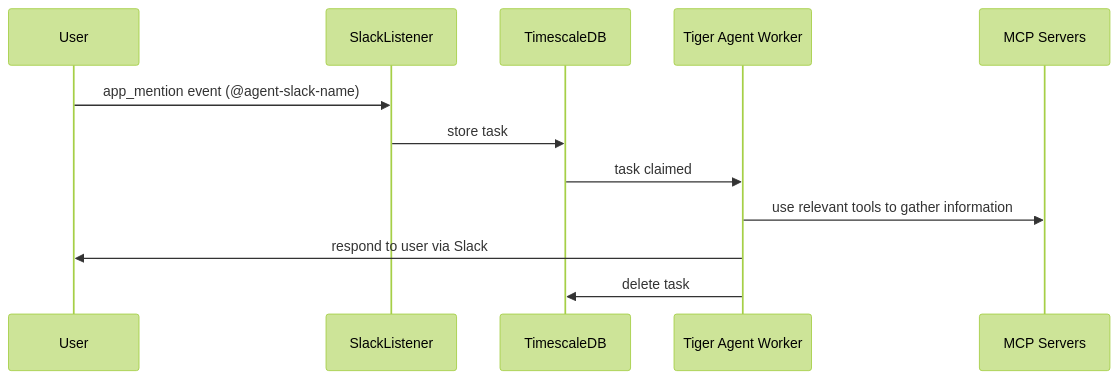
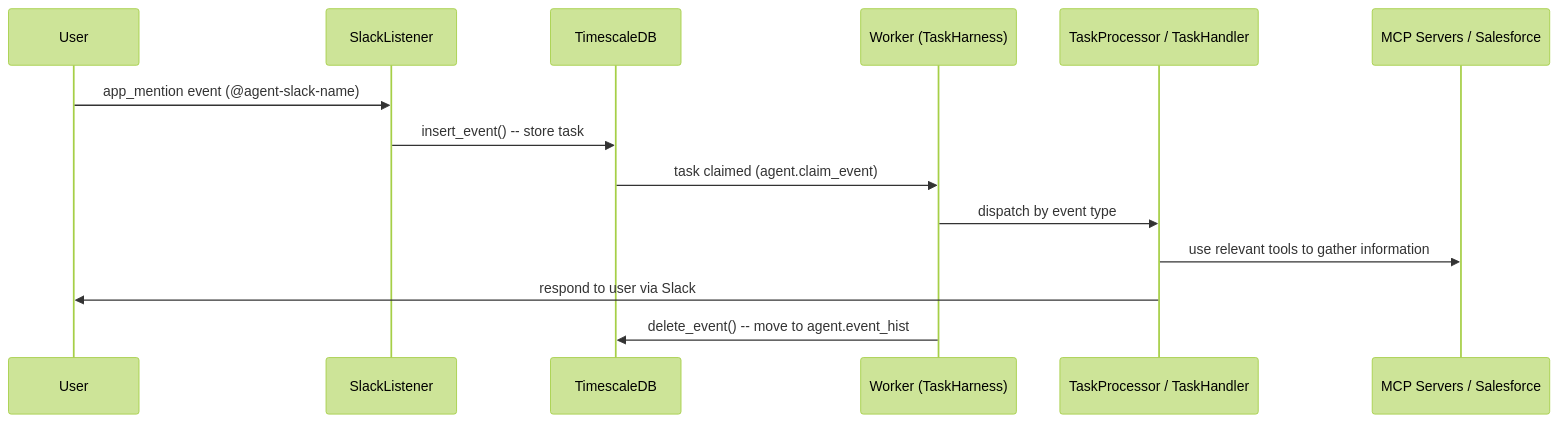
One commit to timescale/tiger-agents-for-work changed the diagram in docs/event_harness.md. Above: the diagram before and after it, drawn with Mermaid (forest theme). The commit also changed other lines of this file and 6 other files, not shown here.

````diff
--- a/docs/event_harness.md
+++ b/docs/event_harness.md
@@ -33,15 +38,17 @@
 ```mermaid
 sequenceDiagram
     participant U as User
     participant SL as SlackListener
     participant TSDB as TimescaleDB
-    participant TAW as Tiger Agent Worker
-    participant MCP as MCP Servers
+    participant TAW as Worker (TaskHarness)
+    participant TP as TaskProcessor / TaskHandler
+    participant MCP as MCP Servers / Salesforce
 
     U->>SL: app_mention event (@agent-slack-name)
-    SL->>TSDB: store task
-    TSDB->>TAW: task claimed
-    TAW->>MCP: use relevant tools to gather information
-    TAW->>U: respond to user via Slack
-    TAW->>TSDB: delete task
+    SL->>TSDB: insert_event() -- store task
+    TSDB->>TAW: task claimed (agent.claim_event)
+    TAW->>TP: dispatch by event type
+    TP->>MCP: use relevant tools to gather information
+    TP->>U: respond to user via Slack
+    TAW->>TSDB: delete_event() -- move to agent.event_hist
 ```
````
